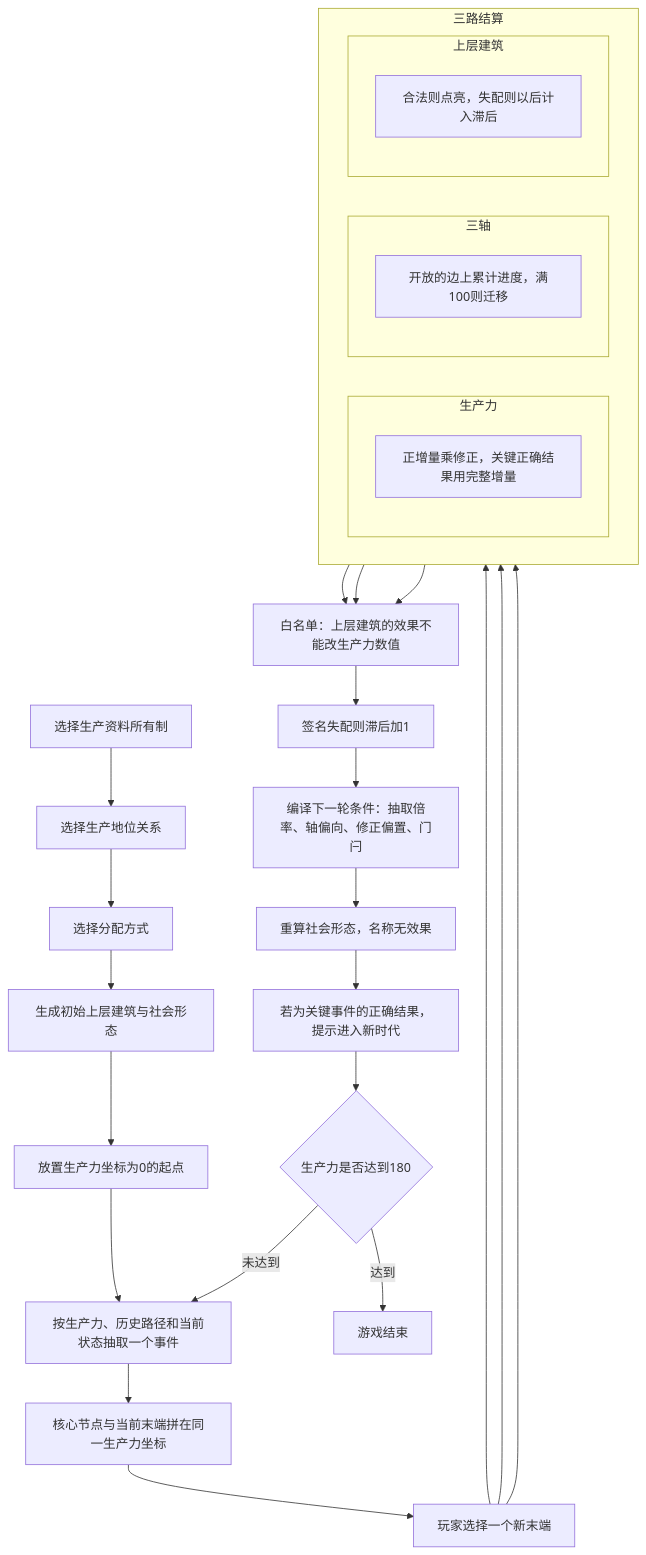
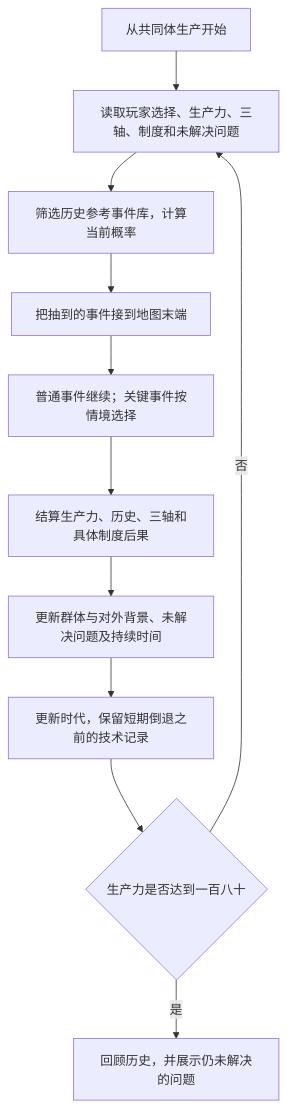
Before and after one commit to yiweiqin/mayuan-game: the first of 2 diagrams in docs/gameplay-flow.md, drawn with Mermaid. The commit also changed other lines of this file and 7 other files, not shown here.

````diff
--- a/docs/gameplay-flow.md
+++ b/docs/gameplay-flow.md
@@ -5,51 +9,13 @@
 ```mermaid
-flowchart TB
-  own["选择生产资料所有制"]
-  status["选择生产地位关系"]
-  dist["选择分配方式"]
-  born["生成初始上层建筑与社会形态"]
-  origin["放置生产力坐标为0的起点"]
-
-  own --> status --> dist --> born --> origin
-
-  draw["按生产力、历史路径和当前状态抽取一个事件"]
-  splice["核心节点与当前末端拼在同一生产力坐标"]
-  choose["玩家选择一个新末端"]
-
-  origin --> draw --> splice --> choose
-
-  subgraph settle [三路结算]
-    direction LR
-    subgraph laneP [生产力]
-      direction TB
-      prod["正增量乘修正，关键正确结果用完整增量"]
-    end
-    subgraph laneB [三轴]
-      direction TB
-      axis["开放的边上累计进度，满100则迁移"]
-    end
-    subgraph laneS [上层建筑]
-      direction TB
-      super["合法则点亮，失配则以后计入滞后"]
-    end
-  end
-
-  choose --> prod
-  choose --> axis
-  choose --> super
-
-  white["白名单：上层建筑的效果不能改生产力数值"]
-  lag["签名失配则滞后加1"]
-  cond["编译下一轮条件：抽取倍率、轴偏向、修正偏置、门闩"]
-  formName["重算社会形态，名称无效果"]
-  eraHint["若为关键事件的正确结果，提示进入新时代"]
-  check{"生产力是否达到180"}
-  ending["游戏结束"]
-
-  prod --> white
-  axis --> white
-  super --> white
-  white --> lag --> cond --> formName --> eraHint --> check
-  check -->|未达到| draw
-  check -->|达到| ending
+flowchart TD
+    起点["从共同体生产开始"] --> 读背景["读取玩家选择、生产力、三轴、制度和未解决问题"]
+    读背景 --> 选事件["筛选历史参考事件库，计算当前概率"]
+    选事件 --> 拼接["把抽到的事件接到地图末端"]
+    拼接 --> 行动["普通事件继续；关键事件按情境选择"]
+    行动 --> 结算["结算生产力、历史、三轴和具体制度后果"]
+    结算 --> 问题["更新群体与对外背景、未解决问题及持续时间"]
+    问题 --> 时代["更新时代，保留短期倒退之前的技术记录"]
+    时代 --> 结束{"生产力是否达到一百八十"}
+    结束 -->|否| 读背景
+    结束 -->|是| 回顾["回顾历史，并展示仍未解决的问题"]
 ```
````
